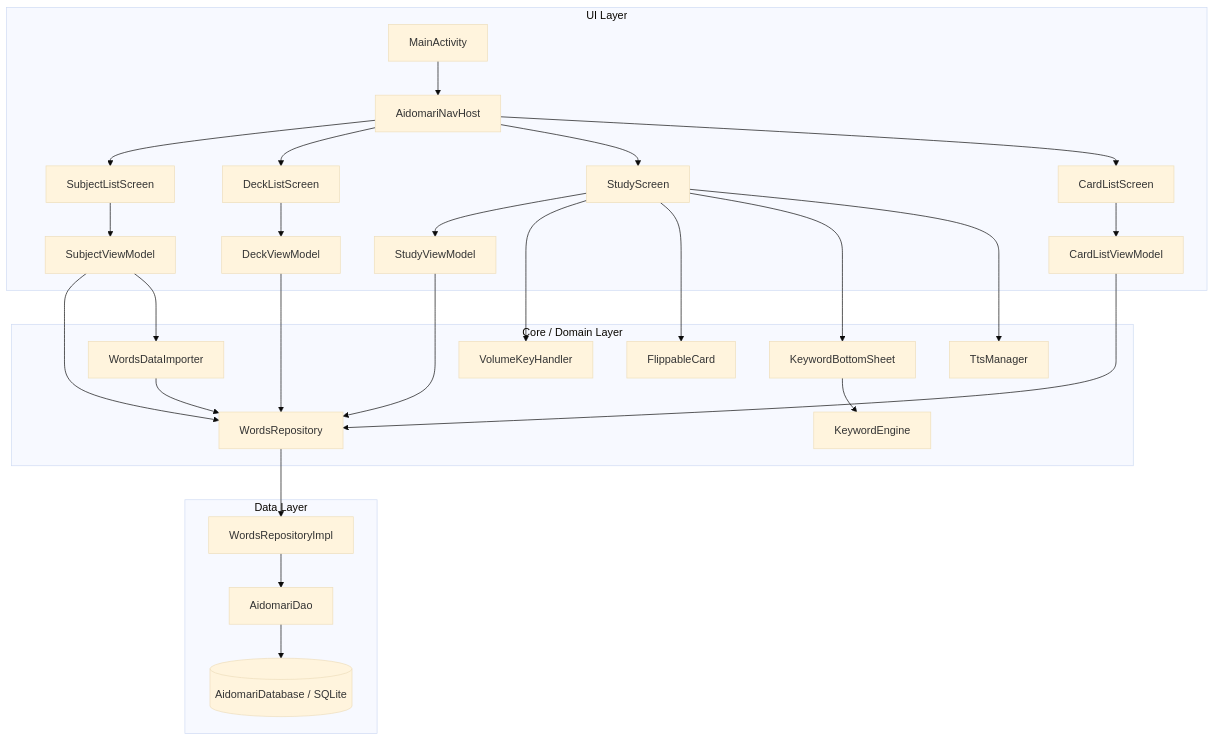
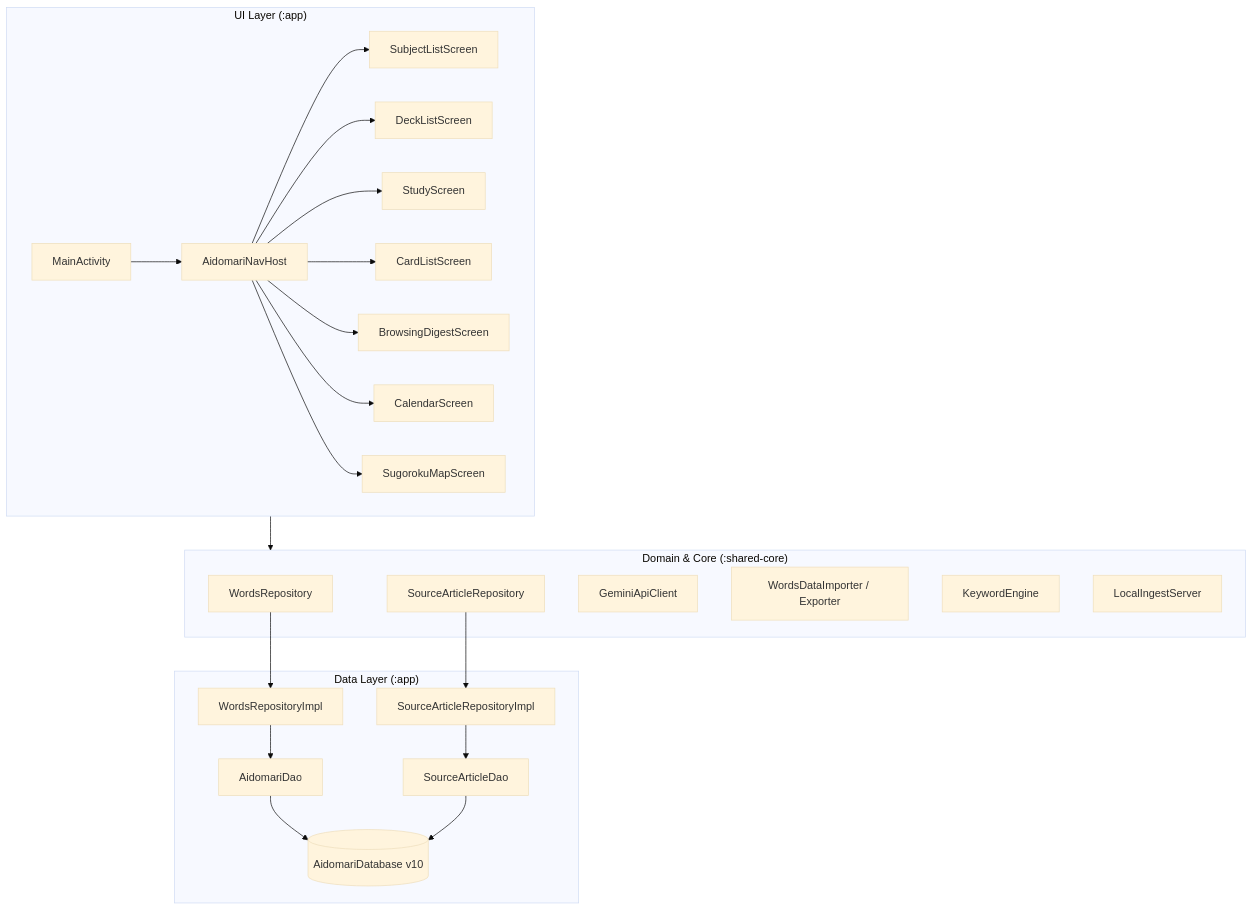
Before and after one commit to txcxjp/aidomari: the first of 2 diagrams in docs/DETAILED_DESIGN.md, drawn with Mermaid (base theme). The commit also changed other lines of this file and 4 other files, not shown here.

Commit message:
docs: update README and design docs for current architecture and tone (refs #101)

````diff
--- a/docs/DETAILED_DESIGN.md
+++ b/docs/DETAILED_DESIGN.md
@@ -28,37 +24,33 @@
 ```mermaid
 graph TD
-    subgraph UI Layer
+    subgraph UI ["UI Layer (:app)"]
         Activity[MainActivity] --> NavHost[AidomariNavHost]
         NavHost --> SubjectScreen[SubjectListScreen]
         NavHost --> DeckScreen[DeckListScreen]
         NavHost --> StudyScreen[StudyScreen]
         NavHost --> CardListScreen[CardListScreen]
-        
-        SubjectScreen --> SubjectVM[SubjectViewModel]
-        DeckScreen --> DeckVM[DeckViewModel]
-        StudyScreen --> StudyVM[StudyViewModel]
-        CardListScreen --> CardListVM[CardListViewModel]
+        NavHost --> DigestScreen[BrowsingDigestScreen]
+        NavHost --> CalendarScreen[CalendarScreen]
+        NavHost --> SugorokuScreen[SugorokuMapScreen]
     end
 
-    subgraph Core / Domain Layer
-        SubjectVM --> WordsRepo[WordsRepository]
-        DeckVM --> WordsRepo
-        StudyVM --> WordsRepo
-        CardListVM --> WordsRepo
-
-        StudyScreen --> VolumeKey[VolumeKeyHandler]
-        StudyScreen --> FlippableCard[FlippableCard]
-        StudyScreen --> KeywordSheet[KeywordBottomSheet]
-        
-        KeywordSheet --> KeywordEngine[KeywordEngine]
-        StudyScreen --> TtsManager[TtsManager]
-        SubjectVM --> Importer[WordsDataImporter]
-        Importer --> WordsRepo
+    subgraph Shared ["Domain & Core (:shared-core)"]
+        WordsRepo[WordsRepository]
+        ArticleRepo[SourceArticleRepository]
+        Gemini[GeminiApiClient]
+        Importer[WordsDataImporter / Exporter]
+        Keyword[KeywordEngine]
+        Ingest[LocalIngestServer]
     end
 
-    subgraph Data Layer
+    subgraph Data ["Data Layer (:app)"]
         WordsRepo --> WordsRepoImpl[WordsRepositoryImpl]
-        WordsRepoImpl --> Dao[AidomariDao]
-        Dao --> RoomDB[(AidomariDatabase / SQLite)]
+        ArticleRepo --> ArticleRepoImpl[SourceArticleRepositoryImpl]
+        WordsRepoImpl --> AidomariDao[AidomariDao]
+        ArticleRepoImpl --> SourceArticleDao[SourceArticleDao]
+        AidomariDao --> RoomDB[(AidomariDatabase v10)]
+        SourceArticleDao --> RoomDB
     end
+
+    UI --> Shared
 ```
````
